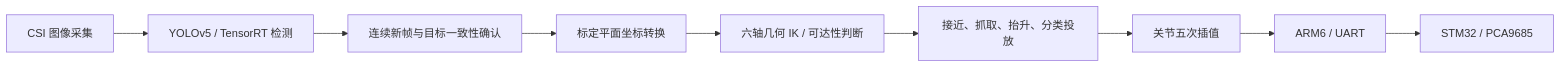
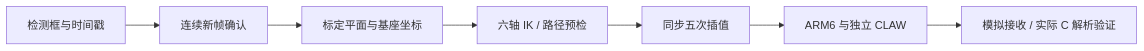
One commit to Zoxy-Zhao/ros2-trash-picking-robot changed the diagram in README.md. Above: the diagram before and after it, drawn with Mermaid. The commit also changed other lines of this file and 23 other files, not shown here.

````diff
--- a/README.md
+++ b/README.md
@@ -16,11 +45,9 @@
 ```mermaid
 flowchart LR
-    A[CSI 图像采集] --> B[YOLOv5 / TensorRT 检测]
-    B --> C[连续新帧与目标一致性确认]
-    C --> D[标定平面坐标转换]
-    D --> E[六轴几何 IK / 可达性判断]
-    E --> F[接近、抓取、抬升、分类投放]
-    F --> G[关节五次插值]
-    G --> H[ARM6 / UART]
-    H --> I[STM32 / PCA9685]
+    A[检测框与时间戳] --> B[连续新帧确认]
+    B --> C[标定平面与基座坐标]
+    C --> D[六轴 IK / 路径预检]
+    D --> E[同步五次插值]
+    E --> F[ARM6 与独立 CLAW]
+    F --> G[模拟接收 / 实际 C 解析验证]
 ```
````
